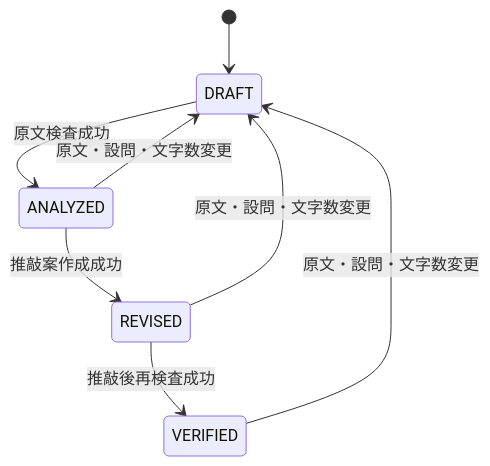
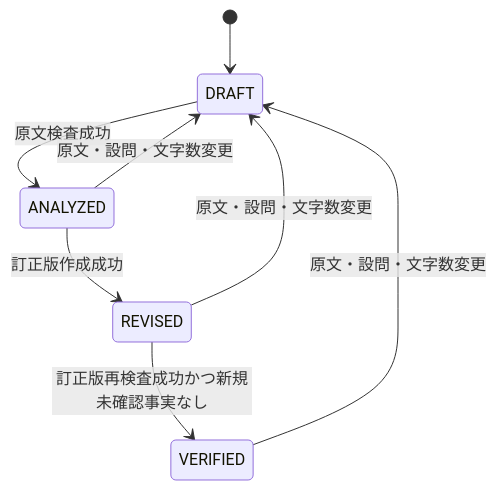
One commit to HACK-STAGE-STAGE2-teamG-YOZORA/Polaris changed the fourth of 4 diagrams in docs/domain-model.md. Above: the diagram before and after it, drawn with Mermaid. The commit also changed other lines of this file and 22 other files, not shown here.

Commit message:
要件定義と設計Schema

````diff
--- a/docs/domain-model.md
+++ b/docs/domain-model.md
@@ -116,10 +140,10 @@
 ```mermaid
 stateDiagram-v2
     [*] --> DRAFT
     DRAFT --> ANALYZED: 原文検査成功
-    ANALYZED --> REVISED: 推敲案作成成功
-    REVISED --> VERIFIED: 推敲後再検査成功
+    ANALYZED --> REVISED: 訂正版作成成功
+    REVISED --> VERIFIED: 訂正版再検査成功かつ新規未確認事実なし
     ANALYZED --> DRAFT: 原文・設問・文字数変更
     REVISED --> DRAFT: 原文・設問・文字数変更
     VERIFIED --> DRAFT: 原文・設問・文字数変更
 ```
````
